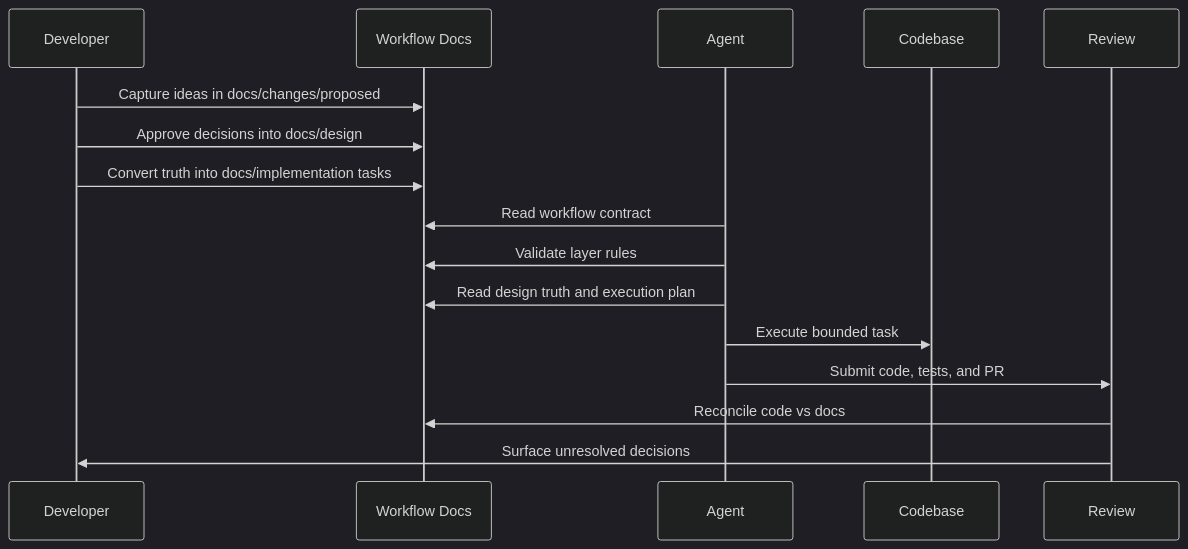
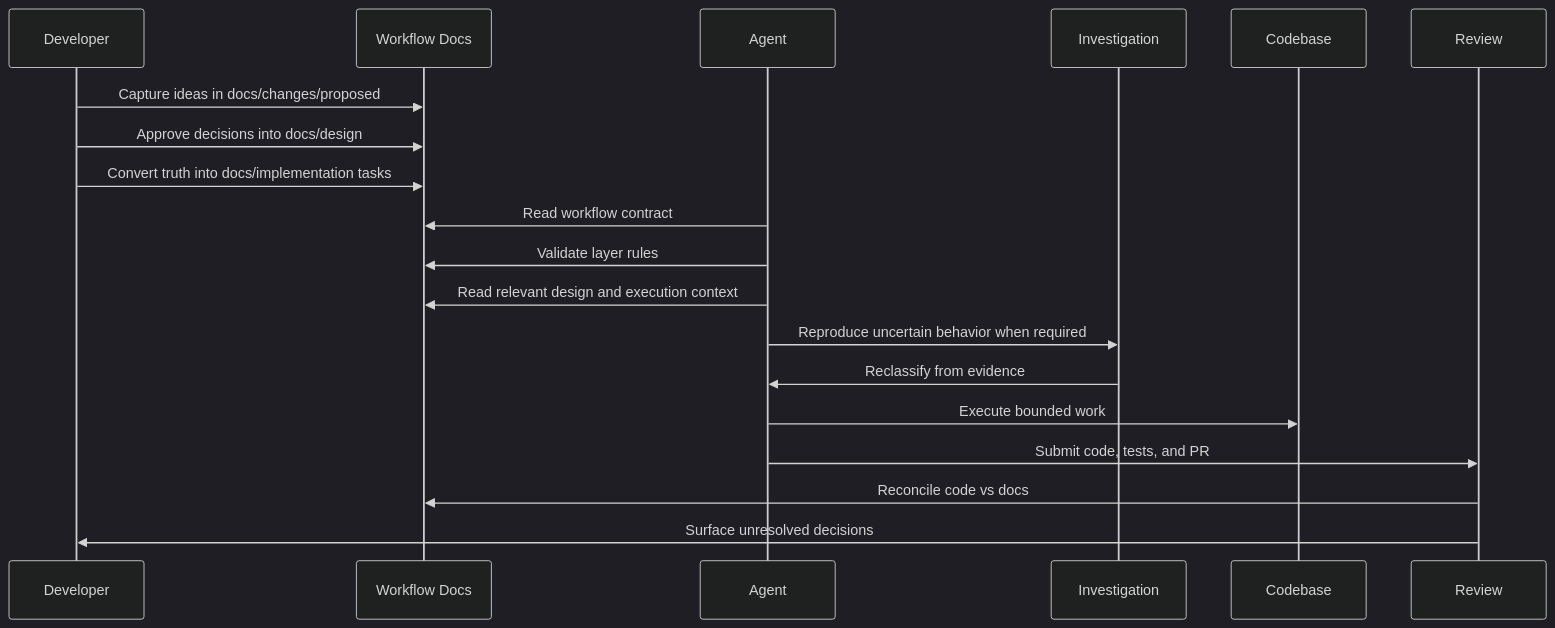
The first of 2 diagrams in .agents/workflows/workflow-contract/README.md (astrojose/wc-view), drawn with Mermaid (dark theme) before and after one commit. The commit also changed other lines of this file and 40 other files, not shown here.

````diff
--- a/.agents/workflows/workflow-contract/README.md
+++ b/.agents/workflows/workflow-contract/README.md
@@ -50,21 +88,24 @@
 ```mermaid
 sequenceDiagram
     participant Dev as Developer
     participant Docs as Workflow Docs
     participant Agent as Agent
+    participant Evidence as Investigation
     participant Code as Codebase
     participant Review as Review
 
     Dev->>Docs: Capture ideas in docs/changes/proposed
     Dev->>Docs: Approve decisions into docs/design
     Dev->>Docs: Convert truth into docs/implementation tasks
 
     Agent->>Docs: Read workflow contract
     Agent->>Docs: Validate layer rules
-    Agent->>Docs: Read design truth and execution plan
-    Agent->>Code: Execute bounded task
+    Agent->>Docs: Read relevant design and execution context
+    Agent->>Evidence: Reproduce uncertain behavior when required
+    Evidence->>Agent: Reclassify from evidence
+    Agent->>Code: Execute bounded work
     Agent->>Review: Submit code, tests, and PR
 
     Review->>Docs: Reconcile code vs docs
     Review->>Dev: Surface unresolved decisions
 ```
````
